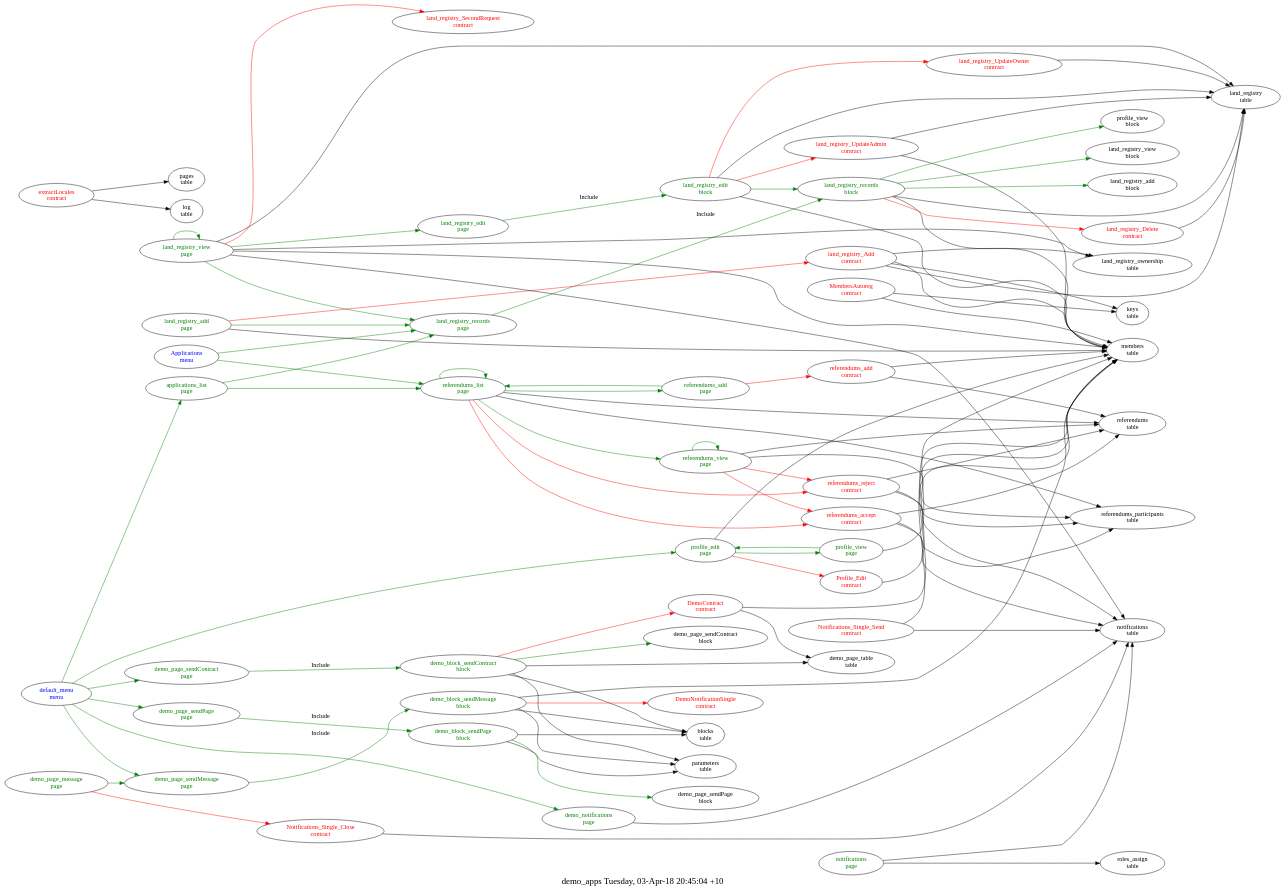
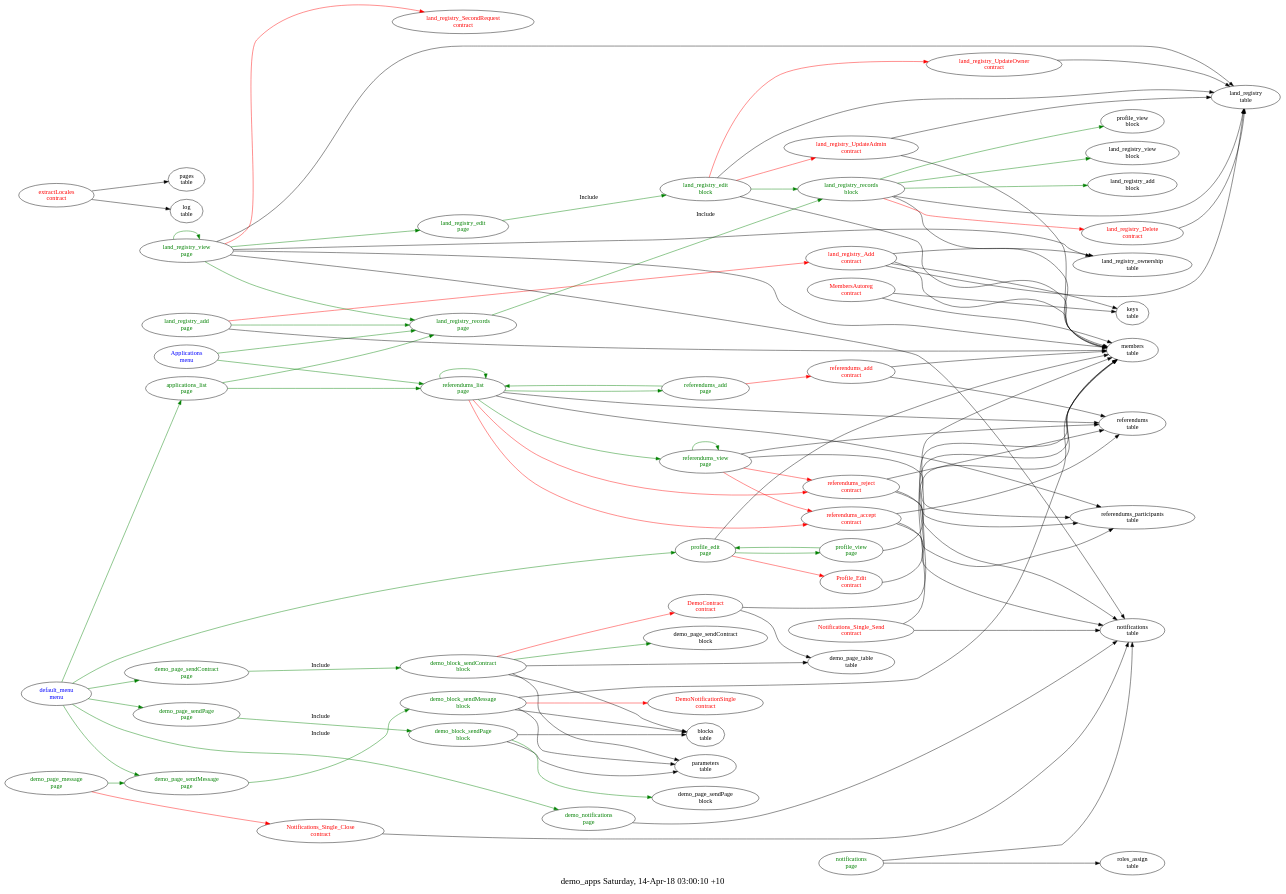
One commit to AplaProject/apps changed the diagram in src/demo_apps/struct.dot. Above: the diagram before and after it, drawn with Graphviz. The commit also changed 2 other files, not shown here.

```diff
--- a/src/demo_apps/struct.dot
+++ b/src/demo_apps/struct.dot
@@ -1,142 +1,142 @@
 digraph G {
 fontsize="20.0";
-label="demo_apps Tuesday, 03-Apr-18 20:45:04 +10";
+label="demo_apps Saturday, 14-Apr-18 03:00:10 +10";
 rankdir=LR;
 "demo_block_sendContract\nblock" -> "DemoContract\ncontract"  [ color=red ]
 "demo_block_sendContract\nblock" -> "parameters\ntable"
 "demo_block_sendContract\nblock" -> "demo_page_table\ntable"
 "demo_block_sendContract\nblock" -> "blocks\ntable"
 "demo_block_sendContract\nblock" -> "demo_page_sendContract\nblock"  [ color=green ]
 "demo_block_sendContract\nblock" [fontcolor=green, group=blocks];
 "demo_block_sendMessage\nblock" -> "DemoNotificationSingle\ncontract"  [ color=red ]
 "demo_block_sendMessage\nblock" -> "parameters\ntable"
 "demo_block_sendMessage\nblock" -> "members\ntable"
 "demo_block_sendMessage\nblock" -> "blocks\ntable"
 "demo_block_sendMessage\nblock" [fontcolor=green, group=blocks];
 "demo_block_sendPage\nblock" -> "parameters\ntable"
 "demo_block_sendPage\nblock" -> "blocks\ntable"
 "demo_block_sendPage\nblock" -> "demo_page_sendPage\nblock"  [ color=green ]
 "demo_block_sendPage\nblock" [fontcolor=green, group=blocks];
 "land_registry_edit\nblock" -> "land_registry_UpdateAdmin\ncontract"  [ color=red ]
 "land_registry_edit\nblock" -> "land_registry_UpdateOwner\ncontract"  [ color=red ]
 "land_registry_edit\nblock" -> "land_registry\ntable"
 "land_registry_edit\nblock" -> "members\ntable"
 "land_registry_edit\nblock" -> "land_registry_records\nblock"  [ color=green ]
 "land_registry_edit\nblock" [fontcolor=green, group=blocks];
 "land_registry_records\nblock" -> "land_registry_Delete\ncontract"  [ color=red ]
 "land_registry_records\nblock" -> "land_registry\ntable"
 "land_registry_records\nblock" -> "members\ntable"
 "land_registry_records\nblock" -> "profile_view\nblock"  [ color=green ]
 "land_registry_records\nblock" -> "land_registry_view\nblock"  [ color=green ]
 "land_registry_records\nblock" -> "land_registry_add\nblock"  [ color=green ]
 "land_registry_records\nblock" [fontcolor=green, group=blocks];
 "DemoContract\ncontract" -> "members\ntable"
 "DemoContract\ncontract" -> "demo_page_table\ntable"
 "DemoContract\ncontract" [fontcolor=red, group=contracts];
 "DemoNotificationSingle\ncontract" [fontcolor=red, group=contracts];
 "MembersAutoreg\ncontract" -> "keys\ntable"
 "MembersAutoreg\ncontract" -> "members\ntable"
 "MembersAutoreg\ncontract" [fontcolor=red, group=contracts];
 "Notifications_Single_Close\ncontract" -> "notifications\ntable"
 "Notifications_Single_Close\ncontract" [fontcolor=red, group=contracts];
 "Notifications_Single_Send\ncontract" -> "members\ntable"
 "Notifications_Single_Send\ncontract" -> "notifications\ntable"
 "Notifications_Single_Send\ncontract" [fontcolor=red, group=contracts];
 "Profile_Edit\ncontract" -> "members\ntable"
 "Profile_Edit\ncontract" [fontcolor=red, group=contracts];
 "extractLocales\ncontract" -> "pages\ntable"
 "extractLocales\ncontract" -> "log\ntable"
 "extractLocales\ncontract" [fontcolor=red, group=contracts];
 "land_registry_Add\ncontract" -> "members\ntable"
 "land_registry_Add\ncontract" -> "land_registry\ntable"
 "land_registry_Add\ncontract" -> "land_registry_ownership\ntable"
 "land_registry_Add\ncontract" -> "keys\ntable"
 "land_registry_Add\ncontract" [fontcolor=red, group=contracts];
 "land_registry_Delete\ncontract" -> "land_registry\ntable"
 "land_registry_Delete\ncontract" [fontcolor=red, group=contracts];
 "land_registry_SecondRequest\ncontract" [fontcolor=red, group=contracts];
 "land_registry_UpdateAdmin\ncontract" -> "land_registry\ntable"
 "land_registry_UpdateAdmin\ncontract" -> "members\ntable"
 "land_registry_UpdateAdmin\ncontract" [fontcolor=red, group=contracts];
 "land_registry_UpdateOwner\ncontract" -> "land_registry\ntable"
 "land_registry_UpdateOwner\ncontract" [fontcolor=red, group=contracts];
 "referendums_accept\ncontract" -> "referendums\ntable"
 "referendums_accept\ncontract" -> "referendums_participants\ntable"
 "referendums_accept\ncontract" -> "notifications\ntable"
 "referendums_accept\ncontract" [fontcolor=red, group=contracts];
 "referendums_add\ncontract" -> "referendums\ntable"
 "referendums_add\ncontract" -> "members\ntable"
 "referendums_add\ncontract" [fontcolor=red, group=contracts];
 "referendums_reject\ncontract" -> "referendums\ntable"
 "referendums_reject\ncontract" -> "referendums_participants\ntable"
 "referendums_reject\ncontract" -> "notifications\ntable"
 "referendums_reject\ncontract" [fontcolor=red, group=contracts];
 "Applications\nmenu" -> "referendums_list\npage"  [ color=green ]
 "Applications\nmenu" -> "land_registry_records\npage"  [ color=green ]
 "Applications\nmenu" [fontcolor=blue, group=menus];
 "default_menu\nmenu" -> "demo_page_sendPage\npage"  [ color=green ]
 "default_menu\nmenu" -> "demo_page_sendContract\npage"  [ color=green ]
 "default_menu\nmenu" -> "demo_page_sendMessage\npage"  [ color=green ]
 "default_menu\nmenu" -> "demo_notifications\npage"  [ color=green ]
 "default_menu\nmenu" -> "profile_edit\npage"  [ color=green ]
 "default_menu\nmenu" -> "applications_list\npage"  [ color=green ]
 "default_menu\nmenu" [fontcolor=blue, group=menus];
 "applications_list\npage" -> "referendums_list\npage"  [ color=green ]
 "applications_list\npage" -> "land_registry_records\npage"  [ color=green ]
 "applications_list\npage" [fontcolor=green, group=pages];
 "demo_notifications\npage" -> "notifications\ntable"
 "demo_notifications\npage" [fontcolor=green, group=pages];
 "demo_page_message\npage" -> "Notifications_Single_Close\ncontract"  [ color=red ]
 "demo_page_message\npage" -> "demo_page_sendMessage\npage"  [ color=green ]
 "demo_page_message\npage" [fontcolor=green, group=pages];
 "demo_page_sendContract\npage" -> "demo_block_sendContract\nblock"  [ color=green, label=Include ]
 "demo_page_sendContract\npage" [fontcolor=green, group=pages];
 "demo_page_sendMessage\npage" -> "demo_block_sendMessage\nblock"  [ color=green, label=Include ]
 "demo_page_sendMessage\npage" [fontcolor=green, group=pages];
 "demo_page_sendPage\npage" -> "demo_block_sendPage\nblock"  [ color=green, label=Include ]
 "demo_page_sendPage\npage" [fontcolor=green, group=pages];
 "land_registry_add\npage" -> "land_registry_Add\ncontract"  [ color=red ]
 "land_registry_add\npage" -> "members\ntable"
 "land_registry_add\npage" -> "land_registry_records\npage"  [ color=green ]
 "land_registry_add\npage" [fontcolor=green, group=pages];
 "land_registry_edit\npage" -> "land_registry_edit\nblock"  [ color=green, label=Include ]
 "land_registry_edit\npage" [fontcolor=green, group=pages];
 "land_registry_records\npage" -> "land_registry_records\nblock"  [ color=green, label=Include ]
 "land_registry_records\npage" [fontcolor=green, group=pages];
 "land_registry_view\npage" -> "land_registry_SecondRequest\ncontract"  [ color=red ]
 "land_registry_view\npage" -> "land_registry\ntable"
 "land_registry_view\npage" -> "land_registry_ownership\ntable"
 "land_registry_view\npage" -> "members\ntable"
 "land_registry_view\npage" -> "notifications\ntable"
 "land_registry_view\npage" -> "land_registry_records\npage"  [ color=green ]
 "land_registry_view\npage" -> "land_registry_view\npage"  [ color=green ]
 "land_registry_view\npage" -> "land_registry_edit\npage"  [ color=green ]
 "land_registry_view\npage" [fontcolor=green, group=pages];
 "notifications\npage" -> "notifications\ntable"
 "notifications\npage" -> "roles_assign\ntable"
 "notifications\npage" [fontcolor=green, group=pages];
 "profile_edit\npage" -> "Profile_Edit\ncontract"  [ color=red ]
 "profile_edit\npage" -> "members\ntable"
 "profile_edit\npage" -> "profile_view\npage"  [ color=green ]
 "profile_edit\npage" [fontcolor=green, group=pages];
 "profile_view\npage" -> "members\ntable"
 "profile_view\npage" -> "profile_edit\npage"  [ color=green ]
 "profile_view\npage" [fontcolor=green, group=pages];
 "referendums_add\npage" -> "referendums_add\ncontract"  [ color=red ]
 "referendums_add\npage" -> "referendums_list\npage"  [ color=green ]
 "referendums_add\npage" [fontcolor=green, group=pages];
 "referendums_list\npage" -> "referendums_reject\ncontract"  [ color=red ]
 "referendums_list\npage" -> "referendums_accept\ncontract"  [ color=red ]
 "referendums_list\npage" -> "referendums\ntable"
 "referendums_list\npage" -> "referendums_participants\ntable"
 "referendums_list\npage" -> "referendums_view\npage"  [ color=green ]
 "referendums_list\npage" -> "referendums_list\npage"  [ color=green ]
 "referendums_list\npage" -> "referendums_add\npage"  [ color=green ]
 "referendums_list\npage" [fontcolor=green, group=pages];
 "referendums_view\npage" -> "referendums_accept\ncontract"  [ color=red ]
 "referendums_view\npage" -> "referendums_reject\ncontract"  [ color=red ]
 "referendums_view\npage" -> "referendums\ntable"
 "referendums_view\npage" -> "referendums_participants\ntable"
 "referendums_view\npage" -> "referendums_view\npage"  [ color=green ]
 "referendums_view\npage" [fontcolor=green, group=pages];
 }
```
